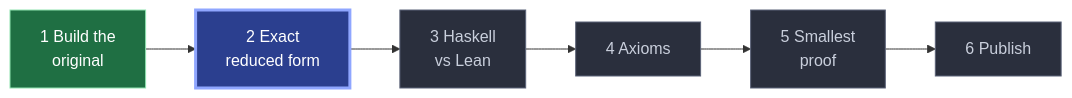
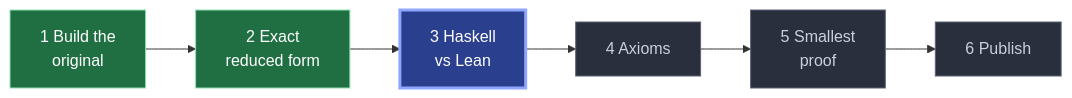
The diagram in BUILD-STATUS.md (keithadler/rh-trim), drawn with Mermaid before and after one commit. The commit also changed other lines of this file and 3 other files, not shown here.

Commit message:
Status: export done (1,468,414 declarations, 3 standard axioms), race running; fix race table parsing

````diff
--- a/BUILD-STATUS.md
+++ b/BUILD-STATUS.md
@@ -11,14 +11,14 @@
 ```mermaid
 flowchart LR
   build["1 Build the<br>original"] --> export["2 Exact<br>reduced form"] --> race["3 Haskell<br>vs Lean"] --> axioms["4 Axioms"] --> minify["5 Smallest<br>proof"] --> publish["6 Publish"]
   classDef done fill:#1f6f43,stroke:#8fe3b0,color:#fff
   classDef now fill:#2b3f8f,stroke:#8fa6ff,color:#fff,stroke-width:3px
   classDef next fill:#2a2f3d,stroke:#5b6378,color:#c9cfdc
   classDef stop fill:#7a2a2a,stroke:#ff9b9b,color:#fff
   class build done
-  class export now
-  class race next
+  class export done
+  class race now
   class axioms next
   class minify next
   class publish next
 ```
````
